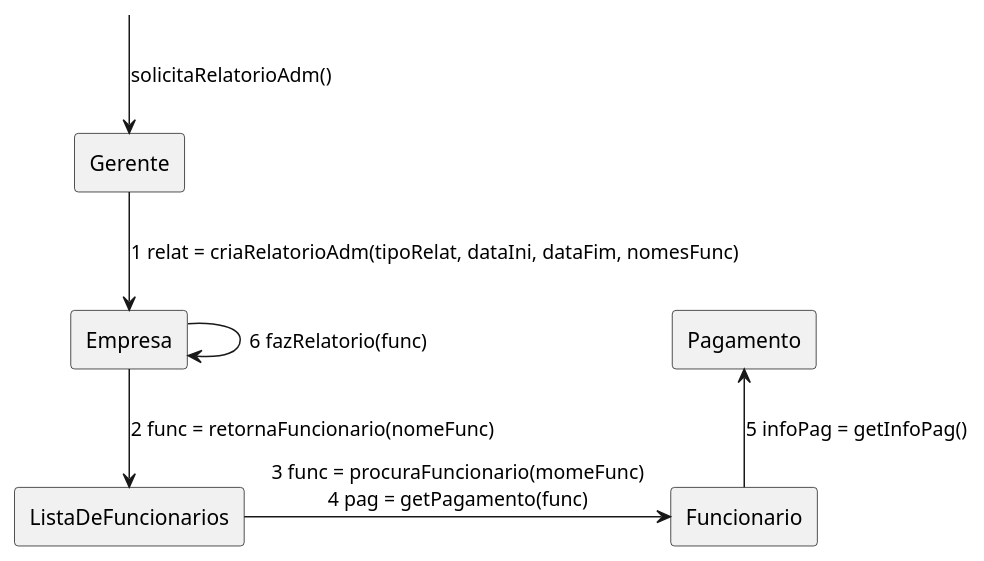
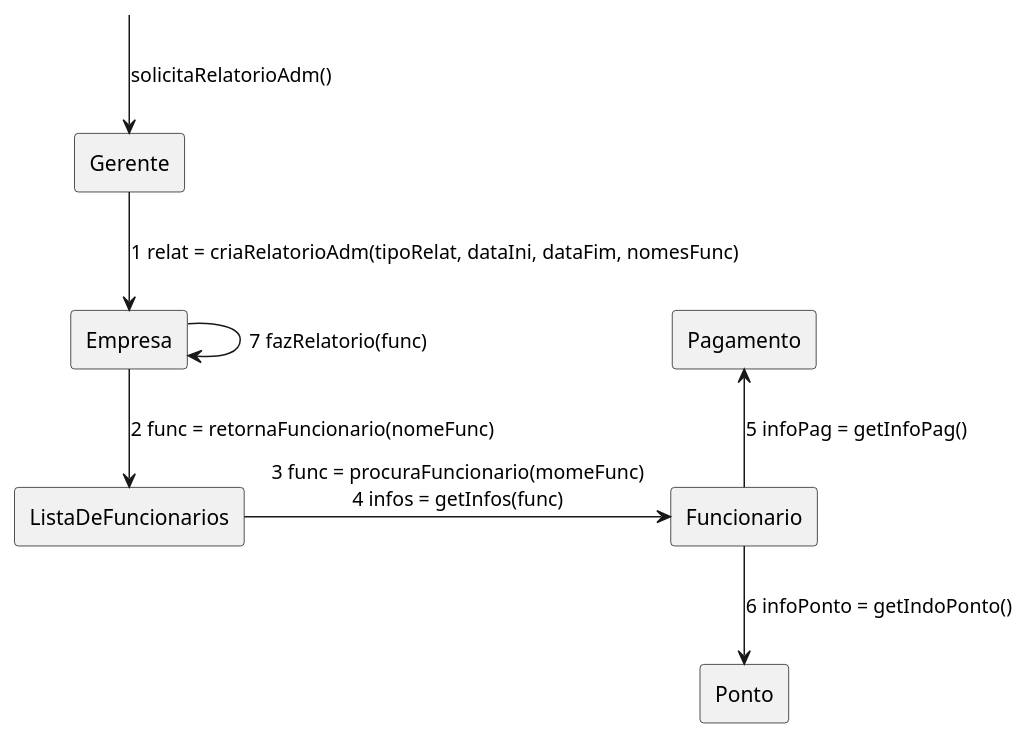
One commit to tikaradate/CI1163-Design_de_Software changed the diagram in casos_de_uso/caso-2/2-DCom.plantuml. Above: the diagram before and after it, drawn with PlantUML. The commit also changed 1 other file, not shown here.

```diff
--- a/casos_de_uso/caso-2/2-DCom.plantuml
+++ b/casos_de_uso/caso-2/2-DCom.plantuml
@@ -1,20 +1,21 @@
 @startuml
 rectangle "Gerente" as gerente
 'rectangle "FolhaDePagamento" as folha
 rectangle "Pagamento" as pagamento
 rectangle "Funcionario" as funcionario
 rectangle "Empresa" as empresa
 rectangle "ListaDeFuncionarios" as lista
 'rectangle "Venda" as venda
-'rectangle "Ponto" as ponto
+rectangle "Ponto" as ponto
 'rectangle "BaseDeDadosProjetos" as base
 'rectangle "Projeto" as projeto
 label " " as ini
 
 ini -down-> gerente      : solicitaRelatorioAdm()
 gerente -down-> empresa      : 1 relat = criaRelatorioAdm(tipoRelat, dataIni, dataFim, nomesFunc)
 empresa -down-> lista        : 2 func = retornaFuncionario(nomeFunc)
-lista   -right-> funcionario  : 3 func = procuraFuncionario(momeFunc)\n4 pag = getPagamento(func)
+lista   -right-> funcionario  : 3 func = procuraFuncionario(momeFunc)\n4 infos = getInfos(func)
 funcionario -up-> pagamento : 5 infoPag = getInfoPag()
-empresa --> empresa      : 6 fazRelatorio(func)
+funcionario -down-> ponto : 6 infoPonto = getIndoPonto()
+empresa --> empresa      : 7 fazRelatorio(func)
 @enduml
```
